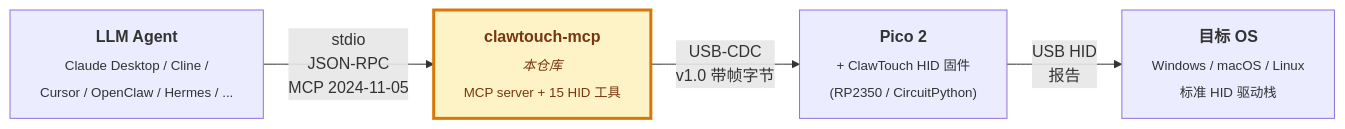
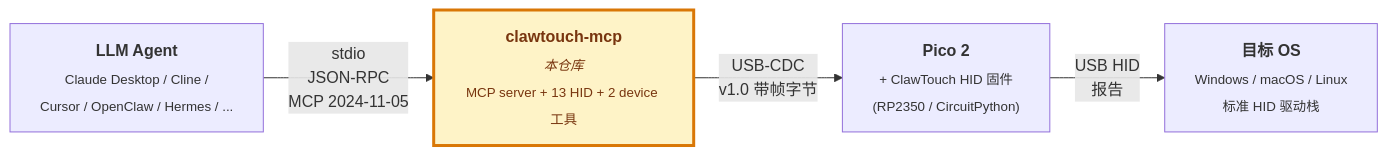
The diagram in README.zh-CN.md (tinqiao-oss/clawtouch-mcp), drawn with Mermaid before and after one commit. The commit also changed other lines of this file and 6 other files, not shown here.

````diff
--- a/README.zh-CN.md
+++ b/README.zh-CN.md
@@ -385,9 +385,9 @@
 ```mermaid
 flowchart LR
     A["<b>LLM Agent</b><br/><sub>Claude Desktop / Cline /<br/>Cursor / OpenClaw / Hermes / ...</sub>"]
-        -->|"stdio<br/>JSON-RPC<br/>MCP 2024-11-05"| B["<b>clawtouch-mcp</b><br/><sub><i>本仓库</i><br/>MCP server + 15 HID 工具</sub>"]
+        -->|"stdio<br/>JSON-RPC<br/>MCP 2024-11-05"| B["<b>clawtouch-mcp</b><br/><sub><i>本仓库</i><br/>MCP server + 13 HID + 2 device 工具</sub>"]
     B -->|"USB-CDC<br/>v1.0 带帧字节"| C["<b>Pico 2</b><br/><sub>+ ClawTouch HID 固件<br/>(RP2350 / CircuitPython)</sub>"]
     C -->|"USB HID<br/>报告"| D["<b>目标 OS</b><br/><sub>Windows / macOS / Linux<br/>标准 HID 驱动栈</sub>"]
     classDef this fill:#fef3c7,stroke:#d97706,stroke-width:3px,color:#78350f;
     class B this;
 ```
````
